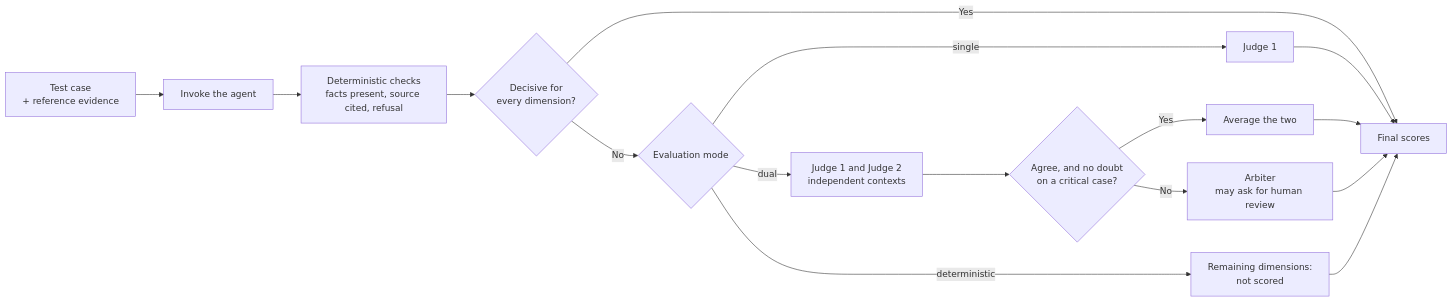
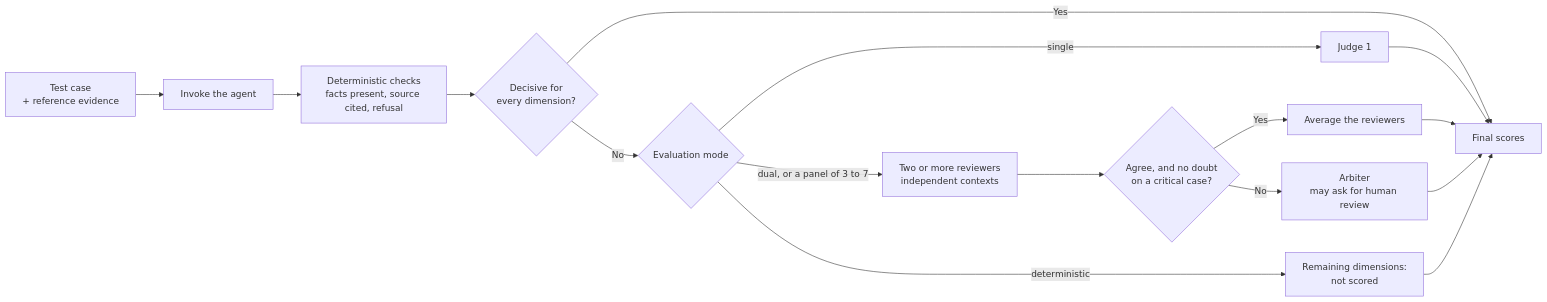
The second of 4 diagrams in docs/WORKFLOW.md (abdullahahmed94/kaizeval), drawn with Mermaid before and after one commit. The commit also changed other lines of this file and 6 other files, not shown here.

First line of the commit message:
Docs: bring diagrams, install steps and feature list up to date

````diff
--- a/docs/WORKFLOW.md
+++ b/docs/WORKFLOW.md
@@ -59,18 +59,18 @@
 ```mermaid
 flowchart LR
     A["Test case<br/>+ reference evidence"] --> B["Invoke the agent"]
     B --> C["Deterministic checks<br/>facts present, source cited, refusal"]
     C --> D{"Decisive for<br/>every dimension?"}
     D -->|Yes| H["Final scores"]
     D -->|No| E{"Evaluation mode"}
     E -->|deterministic| N["Remaining dimensions:<br/>not scored"]
     E -->|single| J1["Judge 1"]
-    E -->|dual| J2["Judge 1 and Judge 2<br/>independent contexts"]
+    E -->|"dual, or a panel of 3 to 7"| J2["Two or more reviewers<br/>independent contexts"]
     J2 --> G{"Agree, and no doubt<br/>on a critical case?"}
-    G -->|Yes| M["Average the two"]
+    G -->|Yes| M["Average the reviewers"]
     G -->|No| R["Arbiter<br/>may ask for human review"]
     J1 --> H
     M --> H
     R --> H
     N --> H
 ```
````
